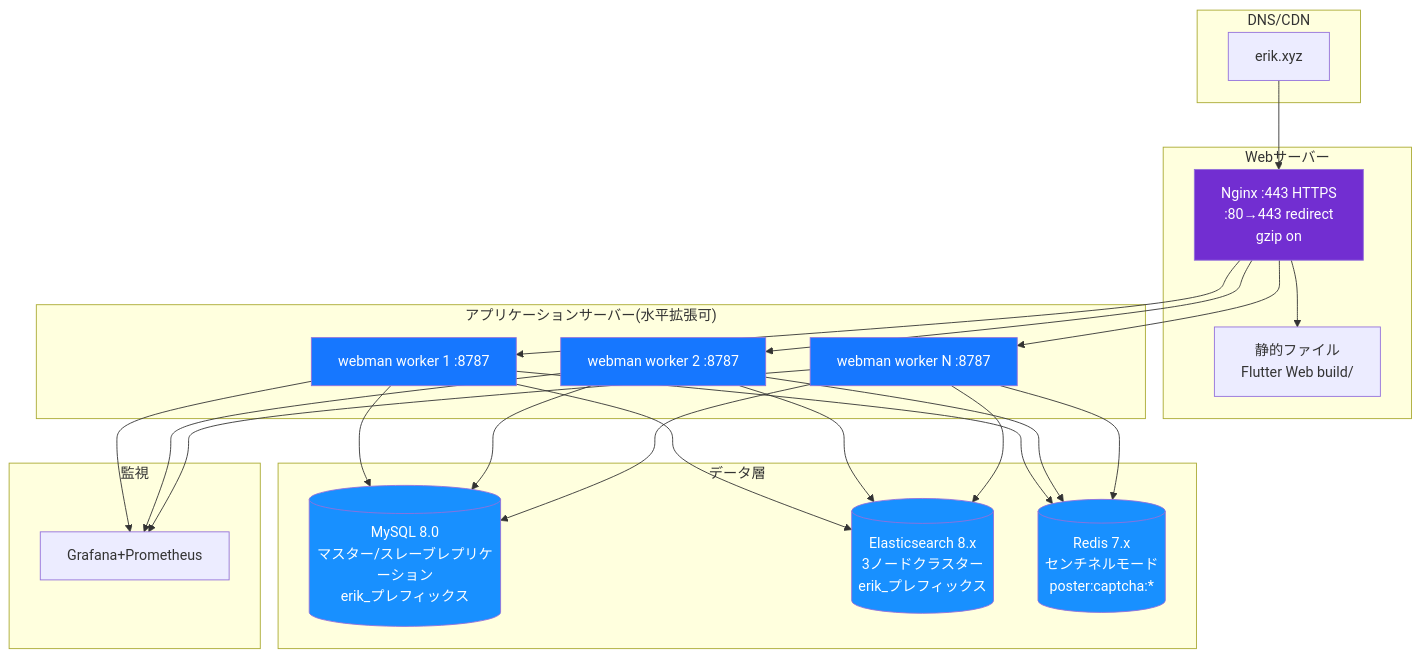
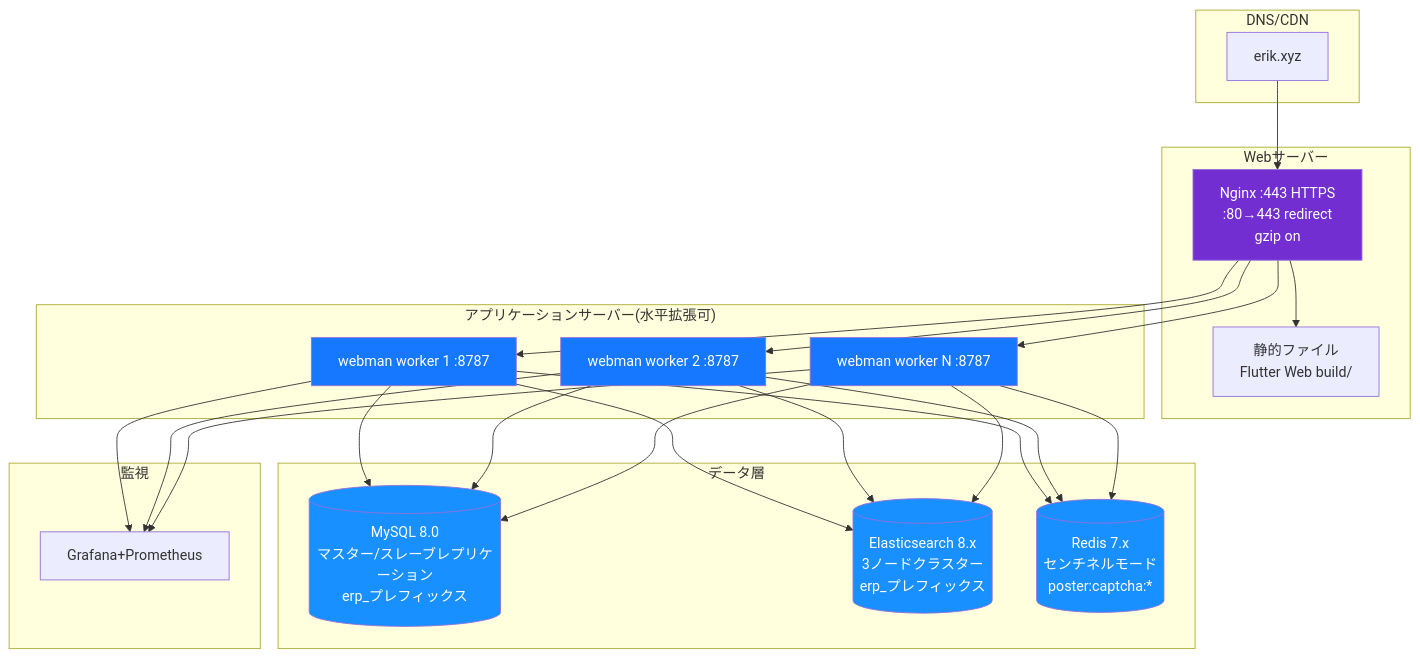
The diagram in docs/i18n/ja/diagrams/12-deployment.md (erikwang2013/erp-php), drawn with Mermaid before and after one commit. The commit also changed 449 other files, not shown here.

First line of the commit message:
全局命名统一：数据库 erp、表前缀 erp_、Redis 前缀 erp:（原 erik_/open_admin）

````diff
--- a/docs/i18n/ja/diagrams/12-deployment.md
+++ b/docs/i18n/ja/diagrams/12-deployment.md
@@ -3,45 +3,45 @@
 ```mermaid
 flowchart TB
     subgraph dns["DNS/CDN"]
         domain["erik.xyz"]
     end
 
     subgraph web["Webサーバー"]
         nginx["Nginx :443 HTTPS<br/>:80→443 redirect<br/>gzip on"]
         static["静的ファイル<br/>Flutter Web build/"]
     end
 
     subgraph app["アプリケーションサーバー(水平拡張可)"]
         wm1["webman worker 1 :8787"]
         wm2["webman worker 2 :8787"]
         wm3["webman worker N :8787"]
     end
 
     subgraph data["データ層"]
-        mysql[("MySQL 8.0<br/>マスター/スレーブレプリケーション<br/>erik_プレフィックス")]
-        es[("Elasticsearch 8.x<br/>3ノードクラスター<br/>erik_プレフィックス")]
+        mysql[("MySQL 8.0<br/>マスター/スレーブレプリケーション<br/>erp_プレフィックス")]
+        es[("Elasticsearch 8.x<br/>3ノードクラスター<br/>erp_プレフィックス")]
         redis[("Redis 7.x<br/>センチネルモード<br/>poster:captcha:*")]
     end
 
     subgraph monitor["監視"]
         grafana["Grafana+Prometheus"]
     end
 
     domain --> nginx
     nginx --> static
     nginx --> wm1
     nginx --> wm2
     nginx --> wm3
     wm1 & wm2 & wm3 --> mysql
     wm1 & wm2 & wm3 --> es
     wm1 & wm2 & wm3 --> redis
     wm1 & wm2 & wm3 --> grafana
 
     style nginx fill:#722ED1,color:#fff
     style wm1 fill:#1677FF,color:#fff
     style wm2 fill:#1677FF,color:#fff
     style wm3 fill:#1677FF,color:#fff
     style mysql fill:#1890FF,color:#fff
     style es fill:#1890FF,color:#fff
     style redis fill:#1890FF,color:#fff
 ```
````
